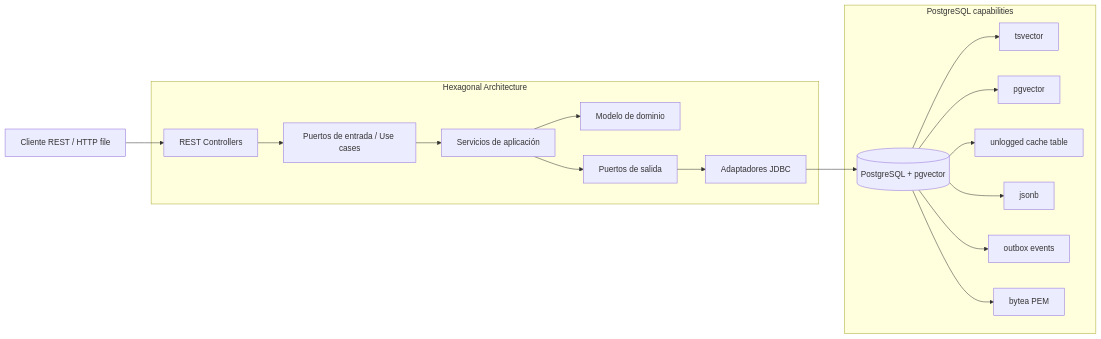
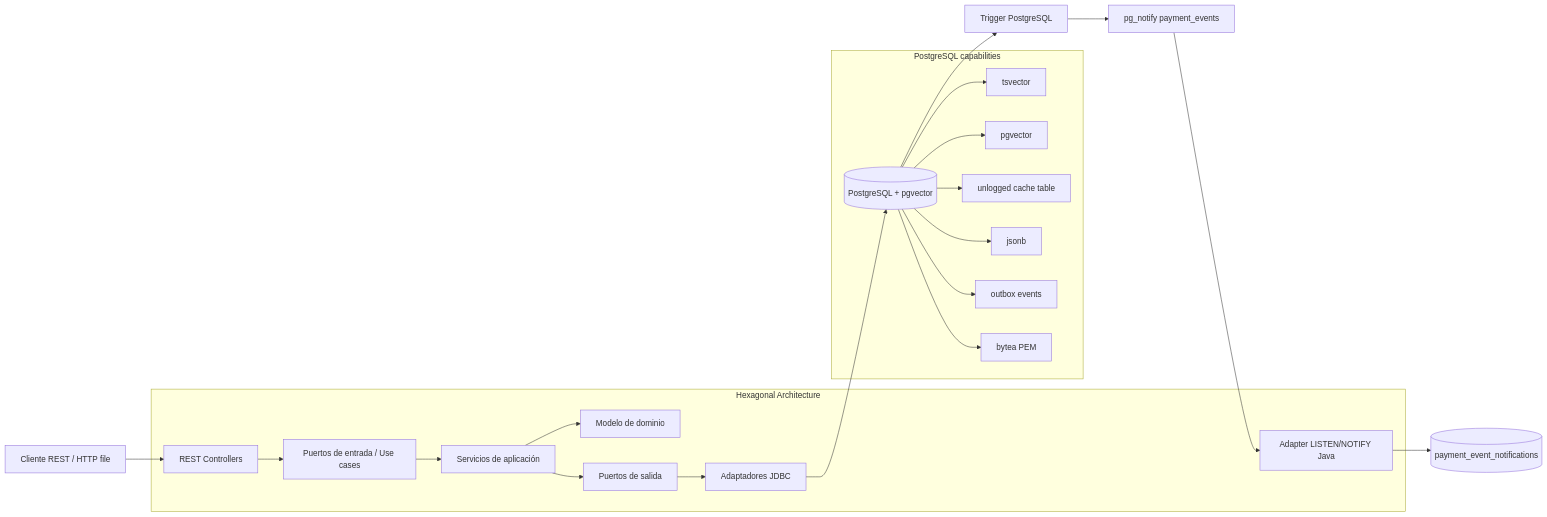
Before and after one commit to edgarrth/java-postgres-multitypes: the first of 2 diagrams in README.md, drawn with Mermaid. The commit also changed other lines of this file and 9 other files, not shown here.

````diff
--- a/README.md
+++ b/README.md
@@ -62,28 +69,34 @@
 ```mermaid
 flowchart LR
     Client[Cliente REST / HTTP file] --> Rest[REST Controllers]
     Rest --> InPorts[Puertos de entrada / Use cases]
     InPorts --> App[Servicios de aplicación]
     App --> Domain[Modelo de dominio]
     App --> OutPorts[Puertos de salida]
     OutPorts --> Jdbc[Adaptadores JDBC]
     Jdbc --> Pg[(PostgreSQL + pgvector)]
 
+    Pg --> Trigger[Trigger PostgreSQL]
+    Trigger --> Notify[pg_notify payment_events]
+    Notify --> Listener[Adapter LISTEN/NOTIFY Java]
+    Listener --> NotificationTable[(payment_event_notifications)]
+
     subgraph Hexagonal Architecture
         Rest
         InPorts
         App
         Domain
         OutPorts
         Jdbc
+        Listener
     end
 
     subgraph PostgreSQL capabilities
         Pg --> Tsvector[tsvector]
         Pg --> Vector[pgvector]
         Pg --> Cache[unlogged cache table]
         Pg --> Jsonb[jsonb]
         Pg --> Events[outbox events]
         Pg --> Bytea[bytea PEM]
     end
 ```
````
